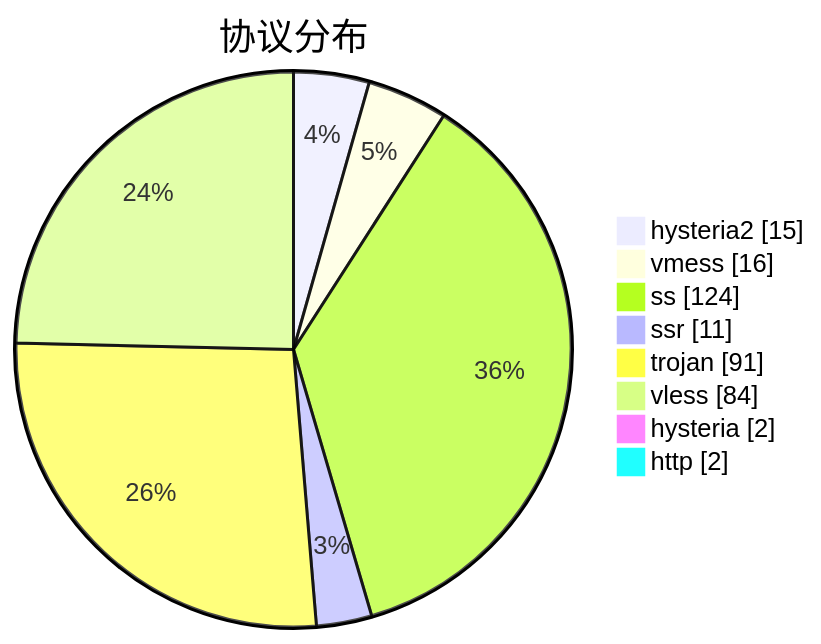
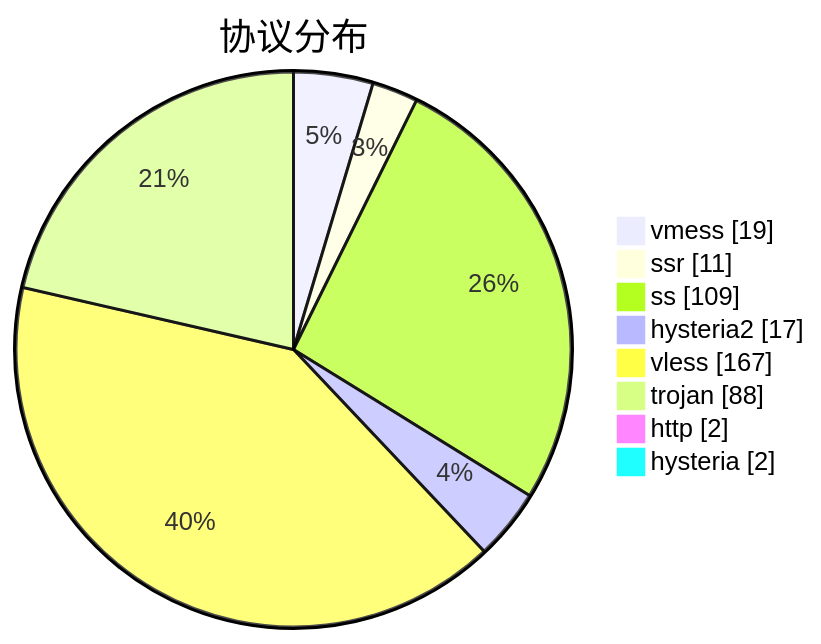
Before and after one commit to sinspired/airport: the third of 3 diagrams in subs/statistics/tested_within.md, drawn with Mermaid. The commit also changed other lines of this file and 2 other files, not shown here.

````diff
--- a/subs/statistics/tested_within.md
+++ b/subs/statistics/tested_within.md
@@ -61,12 +58,12 @@
 ```mermaid
 pie showData
 title 协议分布
-"hysteria2" : 15
-"vmess" : 16
-"ss" : 124
+"vmess" : 19
 "ssr" : 11
-"trojan" : 91
-"vless" : 84
+"ss" : 109
+"hysteria2" : 17
+"vless" : 167
+"trojan" : 88
+"http" : 2
 "hysteria" : 2
-"http" : 2
 ```
````
